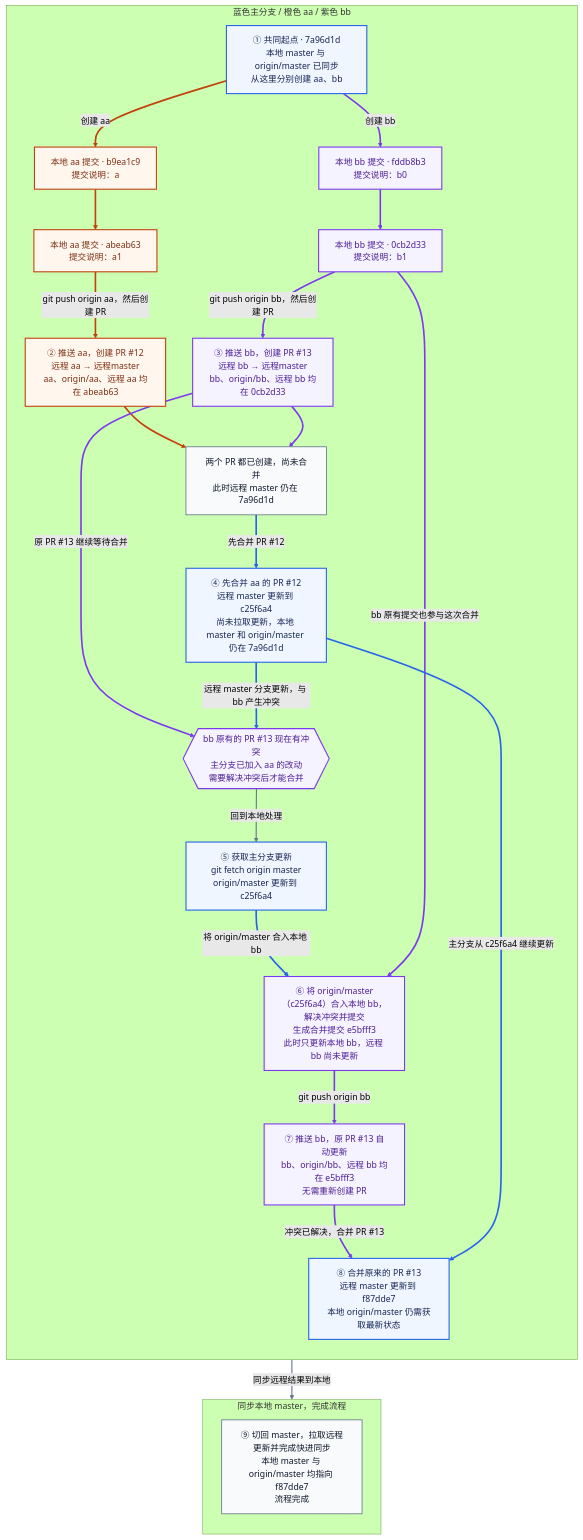
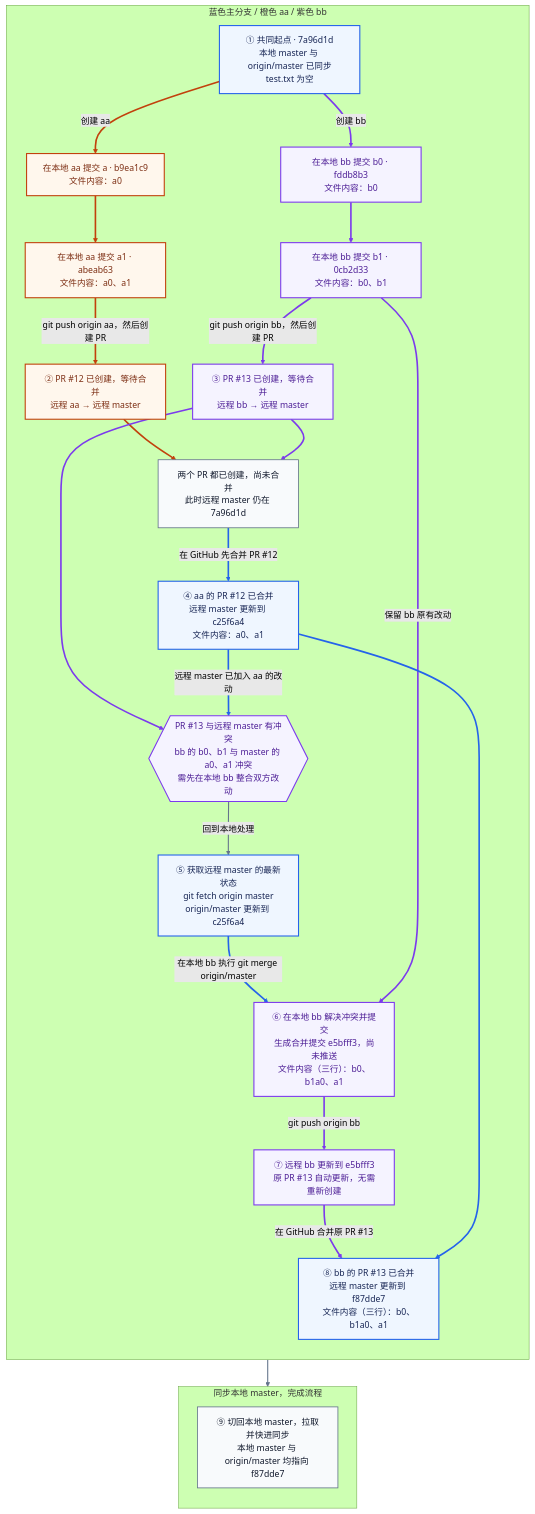
The diagram in git-team-workflow-pr-first.md (dcdmm/Script), drawn with Mermaid (forest theme) before and after one commit. The commit also changed other lines of this file and 1 other file, not shown here.

````diff
--- a/git-team-workflow-pr-first.md
+++ b/git-team-workflow-pr-first.md
@@ -1,60 +1,60 @@
 ```mermaid
 flowchart TD
     subgraph WORK["蓝色主分支 / 橙色 aa / 紫色 bb"]
         direction TD
 
-        O["① 共同起点 · 7a96d1d<br/>本地 master 与 origin/master 已同步<br/>从这里分别创建 aa、bb"]
-        A0["本地 aa 提交 · b9ea1c9<br/>提交说明：a"]
-        A1["本地 aa 提交 · abeab63<br/>提交说明：a1"]
-        PA["② 推送 aa，创建 PR #12<br/>远程 aa → 远程master<br/>aa、origin/aa、远程 aa 均在 abeab63"]
-        B0["本地 bb 提交 · fddb8b3<br/>提交说明：b0"]
-        B1["本地 bb 提交 · 0cb2d33<br/>提交说明：b1"]
-        PB["③ 推送 bb，创建 PR #13<br/>远程 bb → 远程master<br/>bb、origin/bb、远程 bb 均在 0cb2d33"]
+        O["① 共同起点 · 7a96d1d<br/>本地 master 与 origin/master 已同步<br/>test.txt 为空"]
+        A0["在本地 aa 提交 a · b9ea1c9<br/>文件内容：a0"]
+        A1["在本地 aa 提交 a1 · abeab63<br/>文件内容：a0、a1"]
+        PA["② PR #12 已创建，等待合并<br/>远程 aa → 远程 master"]
+        B0["在本地 bb 提交 b0 · fddb8b3<br/>文件内容：b0"]
+        B1["在本地 bb 提交 b1 · 0cb2d33<br/>文件内容：b0、b1"]
+        PB["③ PR #13 已创建，等待合并<br/>远程 bb → 远程 master"]
         READY["两个 PR 都已创建，尚未合并<br/>此时远程 master 仍在 7a96d1d"]
-        P12["④ 先合并 aa 的 PR #12<br/>远程 master 更新到 c25f6a4<br/>尚未拉取更新，本地 master 和 origin/master 仍在 7a96d1d"]
-        X{{"bb 原有的 PR #13 现在有冲突<br/>主分支已加入 aa 的改动<br/>需要解决冲突后才能合并"}}
-        FETCH["⑤ 获取主分支更新<br/>git fetch origin master<br/>origin/master 更新到 c25f6a4"]
-        M["⑥ 将 origin/master（c25f6a4）合入本地 bb，解决冲突并提交<br/>生成合并提交 e5bfff3<br/>此时只更新本地 bb，远程 bb 尚未更新"]
-        UPDATE["⑦ 推送 bb，原 PR #13 自动更新<br/>bb、origin/bb、远程 bb 均在 e5bfff3<br/>无需重新创建 PR"]
-        P13["⑧ 合并原来的 PR #13<br/>远程 master 更新到 f87dde7<br/>本地 origin/master 仍需获取最新状态"]
+        P12["④ aa 的 PR #12 已合并<br/>远程 master 更新到 c25f6a4<br/>文件内容：a0、a1"]
+        X{{"PR #13 与远程 master 有冲突<br/>bb 的 b0、b1 与 master 的 a0、a1 冲突<br/>需先在本地 bb 整合双方改动"}}
+        FETCH["⑤ 获取远程 master 的最新状态<br/>git fetch origin master<br/>origin/master 更新到 c25f6a4"]
+        M["⑥ 在本地 bb 解决冲突并提交<br/>生成合并提交 e5bfff3，尚未推送<br/>文件内容（三行）：b0、b1a0、a1"]
+        UPDATE["⑦ 远程 bb 更新到 e5bfff3<br/>原 PR #13 自动更新，无需重新创建"]
+        P13["⑧ bb 的 PR #13 已合并<br/>远程 master 更新到 f87dde7<br/>文件内容（三行）：b0、b1a0、a1"]
     end
 
     subgraph FINISH["同步本地 master，完成流程"]
         direction TD
-        SYNC["⑨ 切回 master，拉取远程更新并完成快进同步<br/>本地 master 与 origin/master 均指向 f87dde7<br/>流程完成"]
+        SYNC["⑨ 切回本地 master，拉取并快进同步<br/>本地 master 与 origin/master 均指向 f87dde7"]
     end
 
     O -->|"创建 aa"| A0
     A0 --> A1
     A1 -->|"git push origin aa，然后创建 PR"| PA
     O -->|"创建 bb"| B0
     B0 --> B1
     B1 -->|"git push origin bb，然后创建 PR"| PB
     PA --> READY
     PB --> READY
-    READY -->|"先合并 PR #12"| P12
-    PB -->|"原 PR #13 继续等待合并"| X
-    P12 -->|"远程 master 分支更新，与 bb 产生冲突"| X
+    READY -->|"在 GitHub 先合并 PR #12"| P12
+    PB --> X
+    P12 -->|"远程 master 已加入 aa 的改动"| X
     X -->|"回到本地处理"| FETCH
-    FETCH -->|"将 origin/master 合入本地 bb"| M
-    B1 -->|"bb 原有提交也参与这次合并"| M
+    FETCH -->|"在本地 bb 执行 git merge origin/master"| M
+    B1 -->|"保留 bb 原有改动"| M
     M -->|"git push origin bb"| UPDATE
-    UPDATE -->|"冲突已解决，合并 PR #13"| P13
-    P12 -->|"主分支从 c25f6a4 继续更新"| P13
-    P13 -->|"同步远程结果到本地"| SYNC
+    UPDATE -->|"在 GitHub 合并原 PR #13"| P13
+    P12 --> P13
+    P13 --> SYNC
 
     classDef mainNode fill:#eff6ff,stroke:#2563eb,color:#172554,stroke-width:2px;
     classDef aaNode fill:#fff7ed,stroke:#c2410c,color:#7c2d12,stroke-width:2px;
     classDef bbNode fill:#f5f3ff,stroke:#7c3aed,color:#4c1d95,stroke-width:2px;
     classDef actionNode fill:#f8fafc,stroke:#64748b,color:#0f172a,stroke-width:1.5px;
 
     class O,P12,FETCH,P13 mainNode;
     class A0,A1,PA aaNode;
     class B0,B1,PB,X,M,UPDATE bbNode;
     class READY,SYNC actionNode;
 
     linkStyle 0,1,2,6 stroke:#c2410c,stroke-width:3px;
     linkStyle 3,4,5,7,9,13,14,15 stroke:#7c3aed,stroke-width:3px;
     linkStyle 8,10,12,16 stroke:#2563eb,stroke-width:3px;
     linkStyle 11,17 stroke:#64748b,stroke-width:2px;
 ```
````
